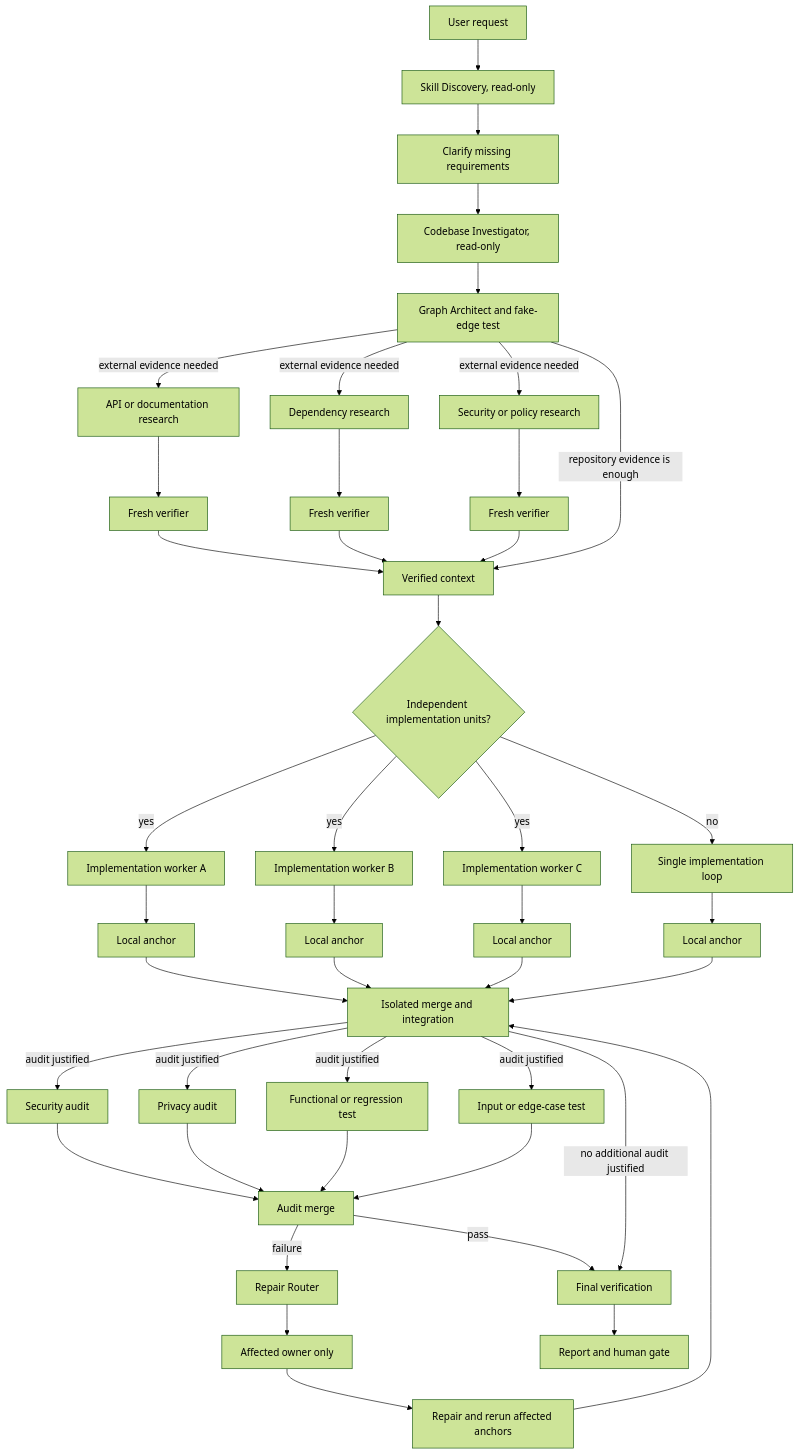
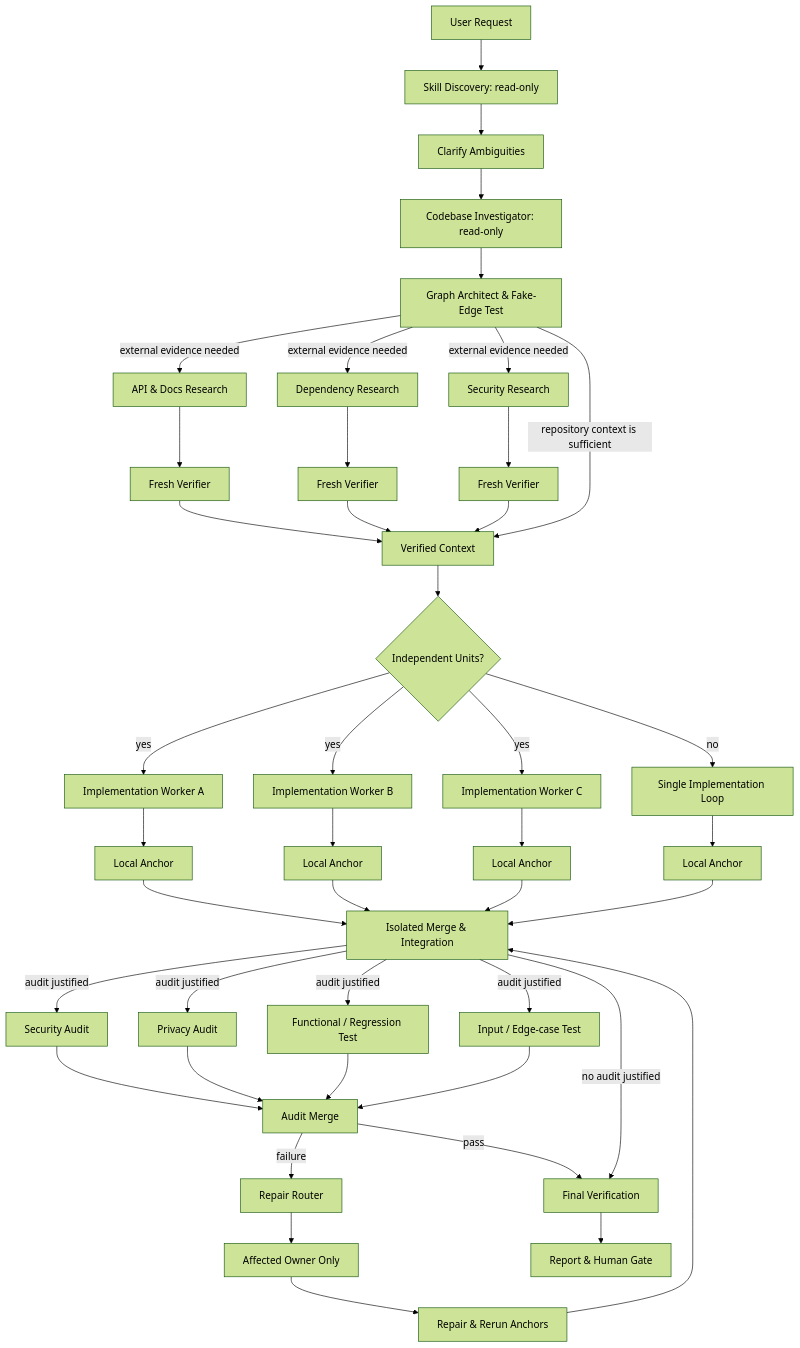
One commit to Thanarak-q/graph-engineering-workflow changed the diagram in README.md. Above: the diagram before and after it, drawn with Mermaid (forest theme). The commit also changed other lines of this file, not shown here.

````diff
--- a/README.md
+++ b/README.md
@@ -16,55 +48,55 @@
 ```mermaid
 flowchart TD
-    U[User request] --> SD[Skill Discovery, read-only]
-    SD --> C[Clarify missing requirements]
-    C --> CI[Codebase Investigator, read-only]
-    CI --> G[Graph Architect and fake-edge test]
+    U[User Request] --> SD[Skill Discovery: read-only]
+    SD --> C[Clarify Ambiguities]
+    C --> CI[Codebase Investigator: read-only]
+    CI --> G[Graph Architect & Fake-Edge Test]
 
-    G -->|external evidence needed| R1[API or documentation research]
-    G -->|external evidence needed| R2[Dependency research]
-    G -->|external evidence needed| R3[Security or policy research]
+    G -->|external evidence needed| R1[API & Docs Research]
+    G -->|external evidence needed| R2[Dependency Research]
+    G -->|external evidence needed| R3[Security Research]
 
-    R1 --> V1[Fresh verifier]
-    R2 --> V2[Fresh verifier]
-    R3 --> V3[Fresh verifier]
+    R1 --> V1[Fresh Verifier]
+    R2 --> V2[Fresh Verifier]
+    R3 --> V3[Fresh Verifier]
 
-    V1 --> K[Verified context]
+    V1 --> K[Verified Context]
     V2 --> K
     V3 --> K
-    G -->|repository evidence is enough| K
+    G -->|repository context is sufficient| K
 
-    K --> D{Independent implementation units?}
-    D -->|yes| I1[Implementation worker A]
-    D -->|yes| I2[Implementation worker B]
-    D -->|yes| I3[Implementation worker C]
-    D -->|no| S[Single implementation loop]
+    K --> D{Independent Units?}
+    D -->|yes| I1[Implementation Worker A]
+    D -->|yes| I2[Implementation Worker B]
+    D -->|yes| I3[Implementation Worker C]
+    D -->|no| S[Single Implementation Loop]
 
-    I1 --> T1[Local anchor]
-    I2 --> T2[Local anchor]
-    I3 --> T3[Local anchor]
-    S --> TS[Local anchor]
+    I1 --> T1[Local Anchor]
+    I2 --> T2[Local Anchor]
+    I3 --> T3[Local Anchor]
+    S --> TS[Local Anchor]
 
-    T1 --> M[Isolated merge and integration]
+    T1 --> M[Isolated Merge & Integration]
     T2 --> M
     T3 --> M
     TS --> M
 
-    M -->|audit justified| A1[Security audit]
-    M -->|audit justified| A2[Privacy audit]
-    M -->|audit justified| A3[Functional or regression test]
-    M -->|audit justified| A4[Input or edge-case test]
-    M -->|no additional audit justified| F[Final verification]
+    M -->|audit justified| A1[Security Audit]
+    M -->|audit justified| A2[Privacy Audit]
+    M -->|audit justified| A3[Functional / Regression Test]
+    M -->|audit justified| A4[Input / Edge-case Test]
+    M -->|no audit justified| F[Final Verification]
 
-    A1 --> AM[Audit merge]
+    A1 --> AM[Audit Merge]
     A2 --> AM
     A3 --> AM
     A4 --> AM
 
     AM -->|failure| RR[Repair Router]
-    RR --> O[Affected owner only]
-    O --> RT[Repair and rerun affected anchors]
+    RR --> O[Affected Owner Only]
+    O --> RT[Repair & Rerun Anchors]
     RT --> M
 
     AM -->|pass| F
-    F --> H[Report and human gate]
+    F --> H[Report & Human Gate]
 ```
````
